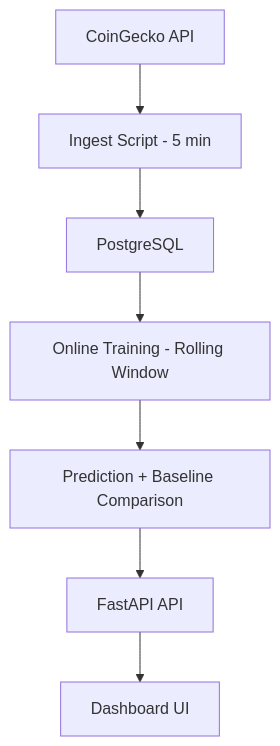
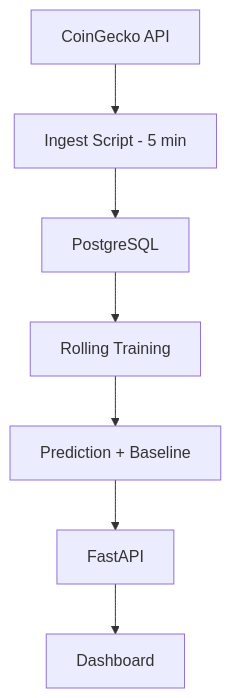
Before and after one commit to cbrentas/btcpipeline: the diagram in README.md, drawn with Mermaid. The commit also changed other lines of this file, not shown here.

````diff
--- a/README.md
+++ b/README.md
@@ -14,10 +17,9 @@
 ```mermaid
 flowchart TD
     A[CoinGecko API] --> B[Ingest Script - 5 min]
     B --> C[PostgreSQL]
-    C --> D[Online Training - Rolling Window]
-    D --> E[Prediction + Baseline Comparison]
-    E --> F[FastAPI API]
-    F --> G[Dashboard UI]
-
+    C --> D[Rolling Training]
+    D --> E[Prediction + Baseline]
+    E --> F[FastAPI]
+    F --> G[Dashboard]
 ```
````
